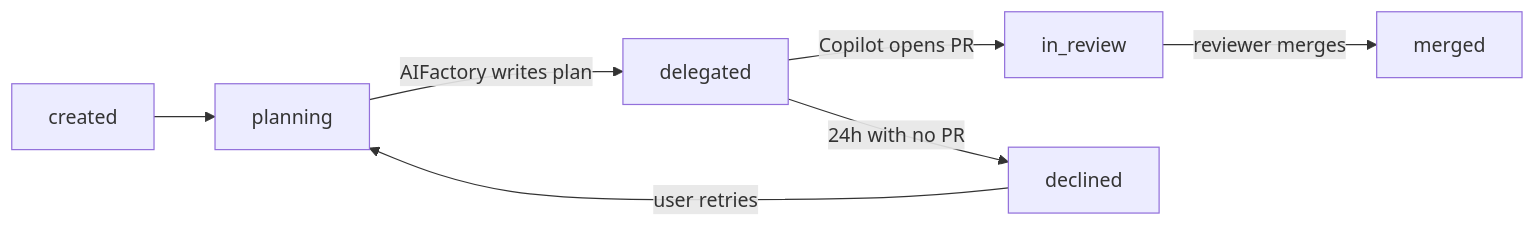
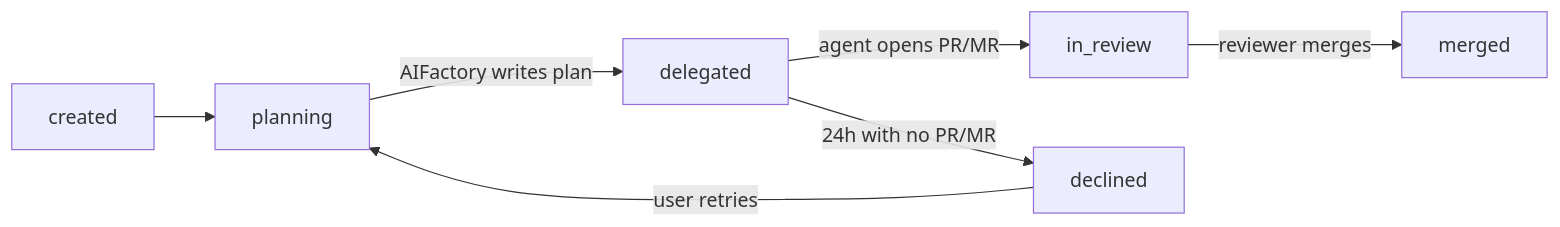
Before and after one commit to olafkfreund/AIFactory: the diagram in docs/docs/concepts/delegation.md, drawn with Mermaid. The commit also changed other lines of this file and 4 other files, not shown here.

````diff
--- a/docs/docs/concepts/delegation.md
+++ b/docs/docs/concepts/delegation.md
@@ -40,9 +56,9 @@
 ```mermaid
 flowchart LR
     A[created] --> B[planning]
     B -->|AIFactory writes plan| C[delegated]
-    C -->|Copilot opens PR| D[in_review]
+    C -->|agent opens PR/MR| D[in_review]
     D -->|reviewer merges| E[merged]
-    C -->|24h with no PR| F[declined]
+    C -->|24h with no PR/MR| F[declined]
     F -->|user retries| B
 ```
````
